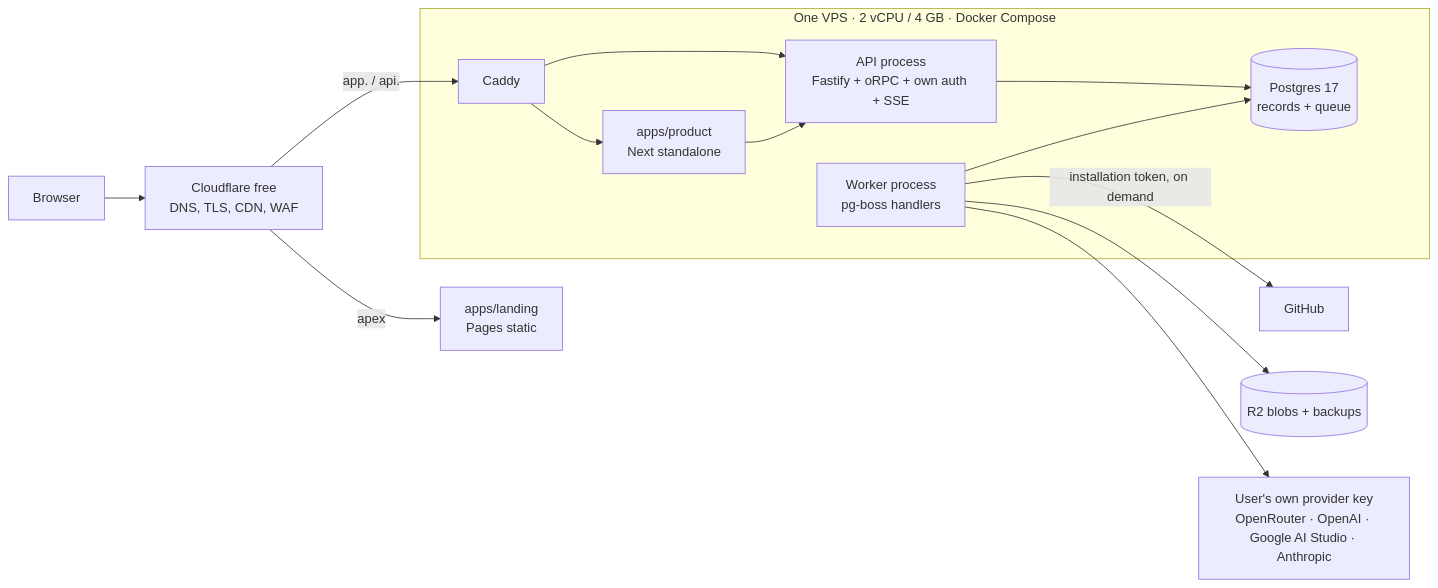
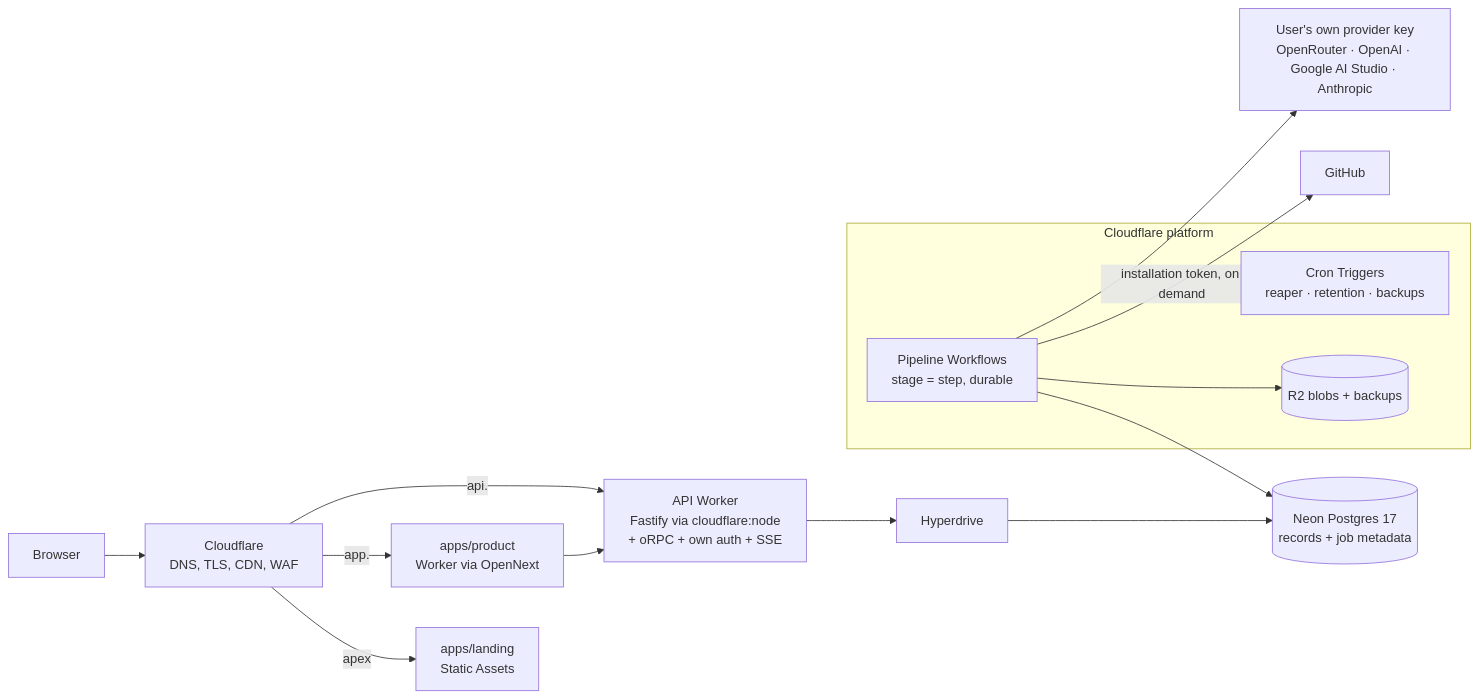
One commit to dawoodxp97/REPLO_AI changed the second of 2 diagrams in ARCHITECTURE.md. Above: the diagram before and after it, drawn with Mermaid. The commit also changed other lines of this file and 35 other files, not shown here.

Commit message:
feat: complete R9 with Cloudflare Workers, Workflows and CI/CD

````diff
--- a/ARCHITECTURE.md
+++ b/ARCHITECTURE.md
@@ -43,18 +43,19 @@
 ```mermaid
 flowchart LR
-  B[Browser] --> CF[Cloudflare free<br/>DNS, TLS, CDN, WAF]
-  CF -->|apex| L[apps/landing<br/>Pages static]
-  CF -->|app. / api.| CA[Caddy]
-  subgraph VPS["One VPS · 2 vCPU / 4 GB · Docker Compose"]
-    CA --> P[apps/product<br/>Next standalone]
-    CA --> A[API process<br/>Fastify + oRPC + own auth + SSE]
-    W[Worker process<br/>pg-boss handlers]
-    PG[(Postgres 17<br/>records + queue)]
-    P --> A
-    A --> PG
-    W --> PG
+  B[Browser] --> CF[Cloudflare<br/>DNS, TLS, CDN, WAF]
+  CF -->|apex| L[apps/landing<br/>Static Assets]
+  CF -->|app.| P[apps/product<br/>Worker via OpenNext]
+  CF -->|api.| A[API Worker<br/>Fastify via cloudflare:node<br/>+ oRPC + own auth + SSE]
+  subgraph CF2["Cloudflare platform"]
+    W[Pipeline Workflows<br/>stage = step, durable]
+    CR[Cron Triggers<br/>reaper · retention · backups]
+    R2[(R2 blobs + backups)]
   end
+  P --> A
+  A --> HD[Hyperdrive]
+  HD --> PG[(Neon Postgres 17<br/>records + job metadata)]
+  W --> PG
+  W --> R2
   W -- installation token, on demand --> GH[GitHub]
-  W --> R2[(R2 blobs + backups)]
   W --> UK[User's own provider key<br/>OpenRouter · OpenAI · Google AI Studio · Anthropic]
 ```
````
